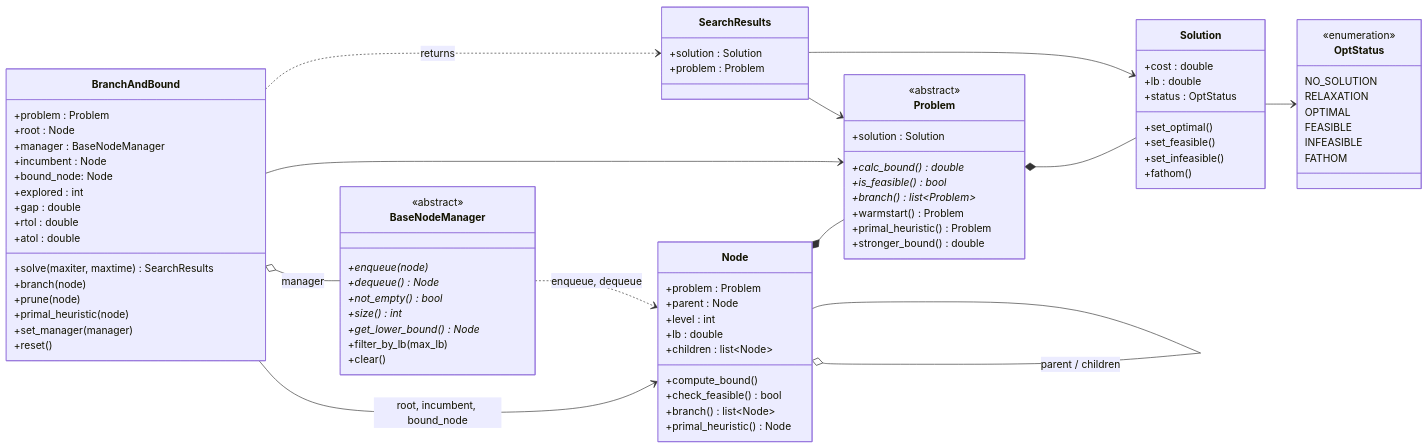
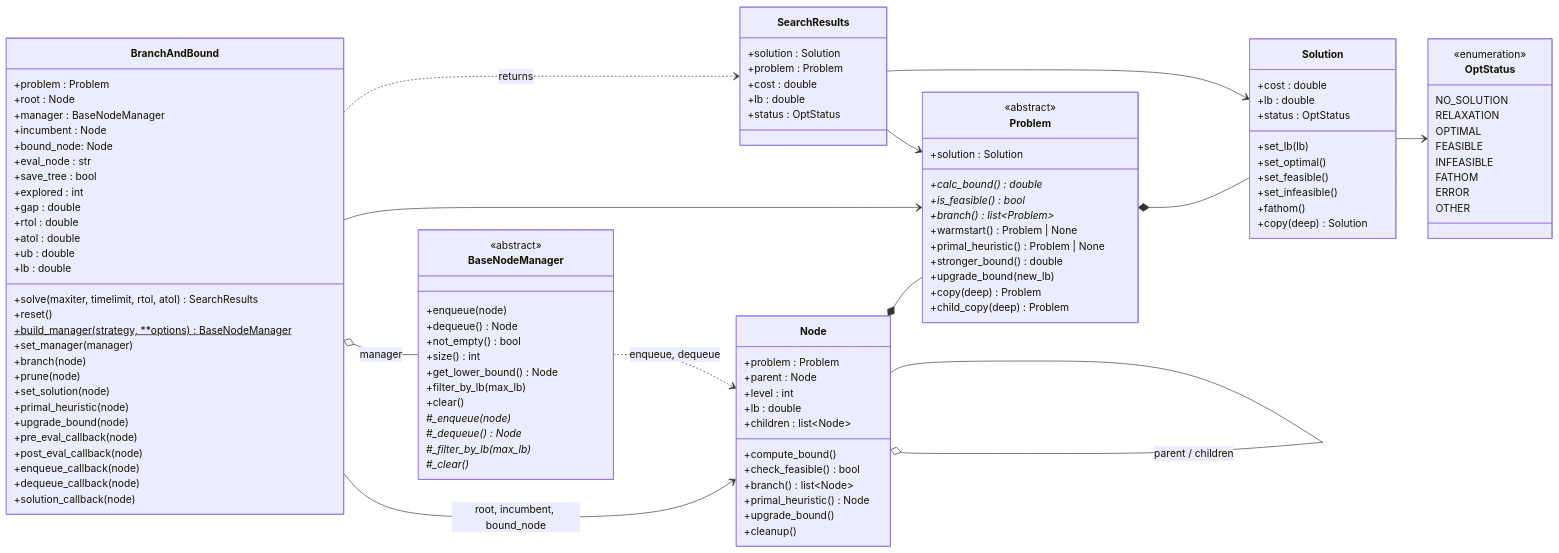
The second of 3 diagrams in docs/source/class_diagram.md (bruscalia/bnbpy), drawn with Mermaid before and after one commit. The commit also changed other lines of this file and 10 other files, not shown here.

```diff
--- a/docs/source/class_diagram.md
+++ b/docs/source/class_diagram.md
@@ -76,16 +78,20 @@
         FEASIBLE
         INFEASIBLE
         FATHOM
+        ERROR
+        OTHER
     }
 
     class Solution {
         +cost : double
         +lb : double
         +status : OptStatus
+        +set_lb(lb)
         +set_optimal()
         +set_feasible()
         +set_infeasible()
         +fathom()
+        +copy(deep) Solution
     }
 
     class Problem {
@@ -94,9 +100,12 @@
         +calc_bound()* double
         +is_feasible()* bool
         +branch()* list~Problem~
-        +warmstart() Problem
-        +primal_heuristic() Problem
+        +warmstart() Problem | None
+        +primal_heuristic() Problem | None
         +stronger_bound() double
+        +upgrade_bound(new_lb)
+        +copy(deep) Problem
+        +child_copy(deep) Problem
     }
 
     class Node {
@@ -109,22 +118,31 @@
         +check_feasible() bool
         +branch() list~Node~
         +primal_heuristic() Node
+        +upgrade_bound()
+        +cleanup()
     }
 
     class BaseNodeManager {
         <<abstract>>
-        +enqueue(node)*
-        +dequeue()* Node
-        +not_empty()* bool
-        +size()* int
-        +get_lower_bound()* Node
+        +enqueue(node)
+        +dequeue() Node
+        +not_empty() bool
+        +size() int
+        +get_lower_bound() Node
         +filter_by_lb(max_lb)
         +clear()
+        #_enqueue(node)*
+        #_dequeue()* Node
+        #_filter_by_lb(max_lb)*
+        #_clear()*
     }
 
     class SearchResults {
         +solution : Solution
         +problem : Problem
+        +cost : double
+        +lb : double
+        +status : OptStatus
     }
 
     class BranchAndBound {
@@ -133,16 +151,28 @@
         +manager : BaseNodeManager
         +incumbent : Node
         +bound_node: Node
+        +eval_node : str
+        +save_tree : bool
         +explored : int
         +gap : double
         +rtol : double
         +atol : double
-        +solve(maxiter, maxtime) SearchResults
+        +ub : double
+        +lb : double
+        +solve(maxiter, timelimit, rtol, atol) SearchResults
+        +reset()
+        +build_manager(strategy, **options)$ BaseNodeManager
+        +set_manager(manager)
         +branch(node)
         +prune(node)
+        +set_solution(node)
         +primal_heuristic(node)
-        +set_manager(manager)
-        +reset()
+        +upgrade_bound(node)
+        +pre_eval_callback(node)
+        +post_eval_callback(node)
+        +enqueue_callback(node)
+        +dequeue_callback(node)
+        +solution_callback(node)
     }
 
     Solution --> OptStatus
```
